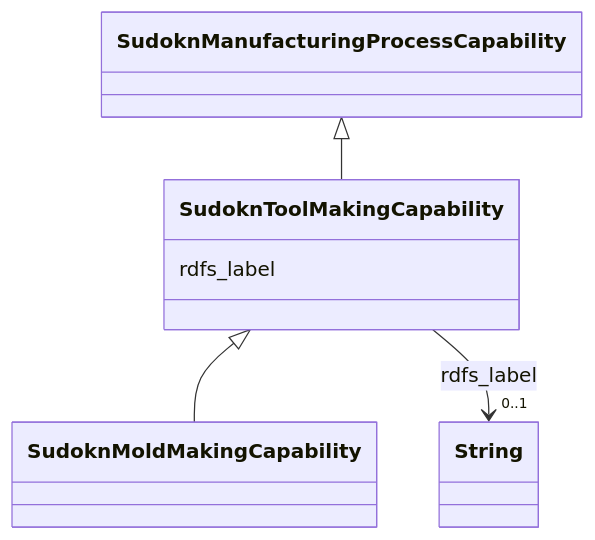
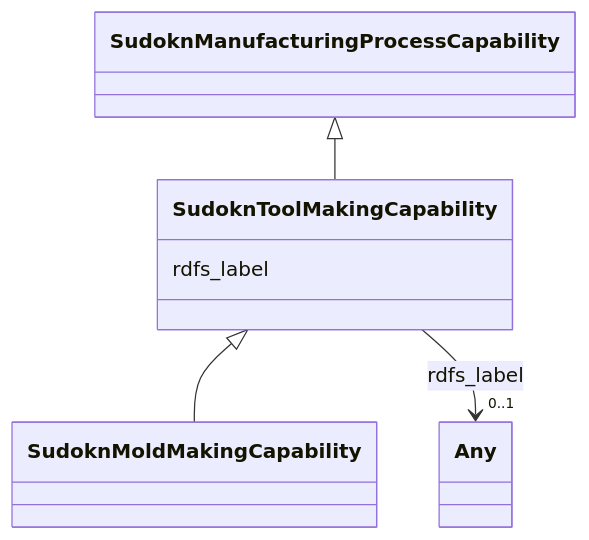
The diagram in sudokn-kg/classes/SudoknToolMakingCapability.md (frink-okn/graph-descriptions), drawn with Mermaid before and after one commit. The commit also changed other lines of this file and 903 other files, not shown here.

````diff
--- a/sudokn-kg/classes/SudoknToolMakingCapability.md
+++ b/sudokn-kg/classes/SudoknToolMakingCapability.md
@@ -23,23 +18,23 @@
 ```mermaid
  classDiagram
     class SudoknToolMakingCapability
     click SudoknToolMakingCapability href "../SudoknToolMakingCapability"
       SudoknManufacturingProcessCapability <|-- SudoknToolMakingCapability
         click SudoknManufacturingProcessCapability href "../SudoknManufacturingProcessCapability"
       
 
       SudoknToolMakingCapability <|-- SudoknMoldMakingCapability
         click SudoknMoldMakingCapability href "../SudoknMoldMakingCapability"
       
       
       SudoknToolMakingCapability : rdfs_label
         
           
     
     
-    SudoknToolMakingCapability --> "0..1" String : rdfs_label
-    click String href "../String"
+    SudoknToolMakingCapability --> "0..1" Any : rdfs_label
+    click Any href "../Any"
 
         
       
 ```
````
